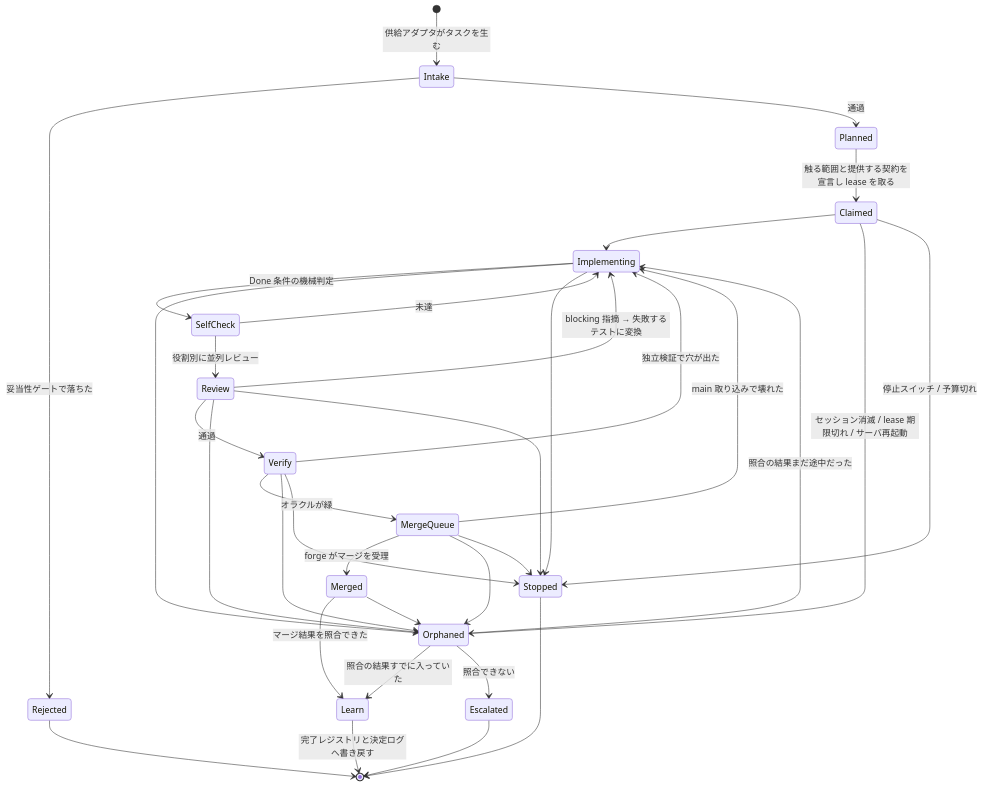
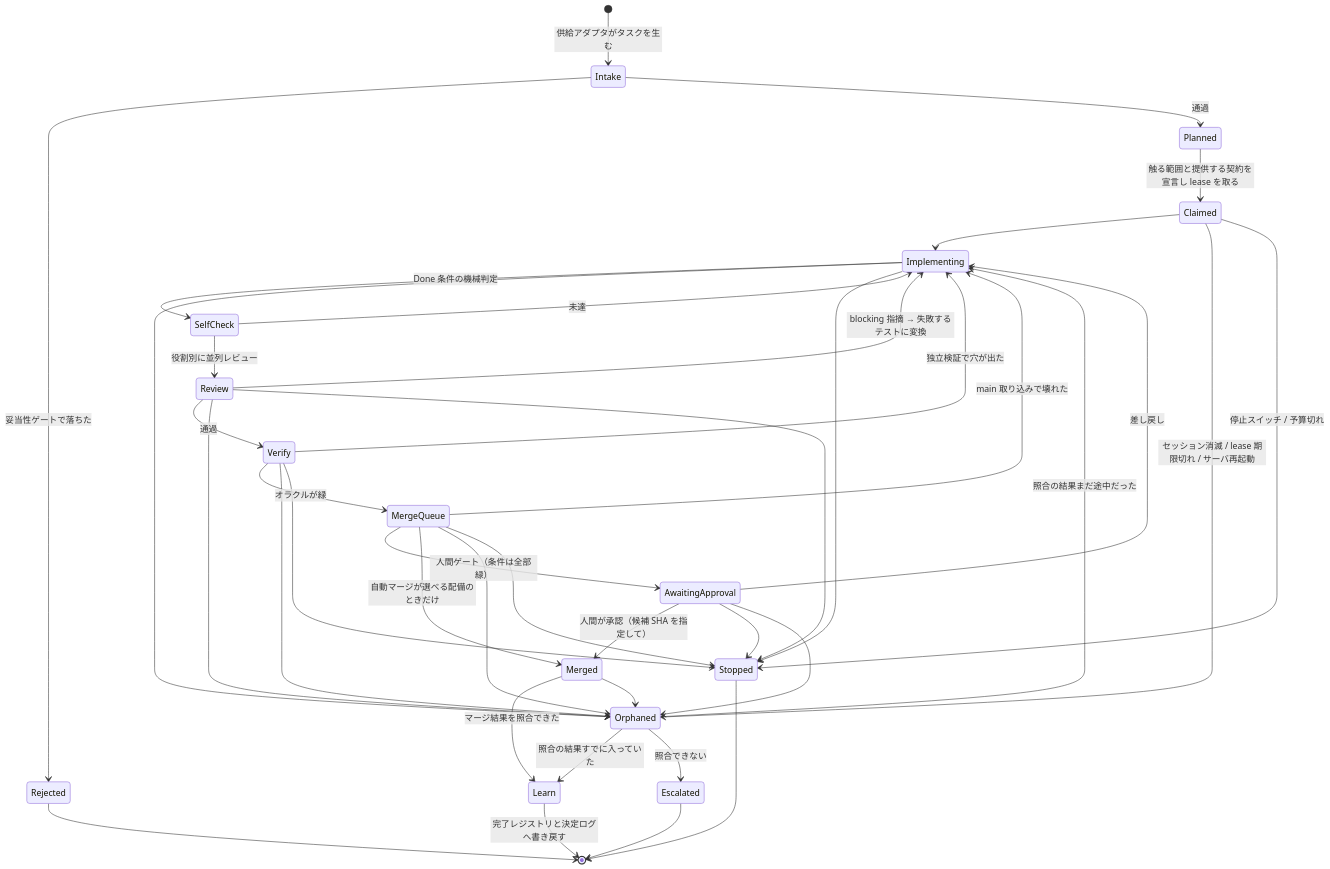
Before and after one commit to highfar-projects/mulmoterminal: the first of 2 diagrams in future/autonomous-delivery-pipeline.md, drawn with Mermaid. The commit also changed other lines of this file and 1 other file, not shown here.

````diff
--- a/future/autonomous-delivery-pipeline.md
+++ b/future/autonomous-delivery-pipeline.md
@@ -30,37 +30,42 @@
 ```mermaid
 stateDiagram-v2
     [*] --> Intake: 供給アダプタがタスクを生む
     Intake --> Rejected: 妥当性ゲートで落ちた
     Intake --> Planned: 通過
     Planned --> Claimed: 触る範囲と提供する契約を宣言し lease を取る
     Claimed --> Implementing
     Implementing --> SelfCheck: Done 条件の機械判定
     SelfCheck --> Implementing: 未達
     SelfCheck --> Review: 役割別に並列レビュー
     Review --> Implementing: blocking 指摘 → 失敗するテストに変換
     Review --> Verify: 通過
     Verify --> Implementing: 独立検証で穴が出た
     Verify --> MergeQueue: オラクルが緑
     MergeQueue --> Implementing: main 取り込みで壊れた
-    MergeQueue --> Merged: forge がマージを受理
+    MergeQueue --> AwaitingApproval: 人間ゲート（条件は全部緑）
+    AwaitingApproval --> Merged: 人間が承認（候補 SHA を指定して）
+    AwaitingApproval --> Implementing: 差し戻し
+    MergeQueue --> Merged: 自動マージが選べる配備のときだけ
     Merged --> Learn: マージ結果を照合できた
     Learn --> [*]: 完了レジストリと決定ログへ書き戻す
     Rejected --> [*]
 
     Claimed --> Orphaned: セッション消滅 / lease 期限切れ / サーバ再起動
     Implementing --> Orphaned
     Review --> Orphaned
     Verify --> Orphaned
     MergeQueue --> Orphaned
     Merged --> Orphaned
     Orphaned --> Implementing: 照合の結果まだ途中だった
     Orphaned --> Learn: 照合の結果すでに入っていた
     Orphaned --> Escalated: 照合できない
     Claimed --> Stopped: 停止スイッチ / 予算切れ
     Implementing --> Stopped
     Review --> Stopped
     Verify --> Stopped
     MergeQueue --> Stopped
+    AwaitingApproval --> Stopped
+    AwaitingApproval --> Orphaned
     Escalated --> [*]
     Stopped --> [*]
 ```
````
